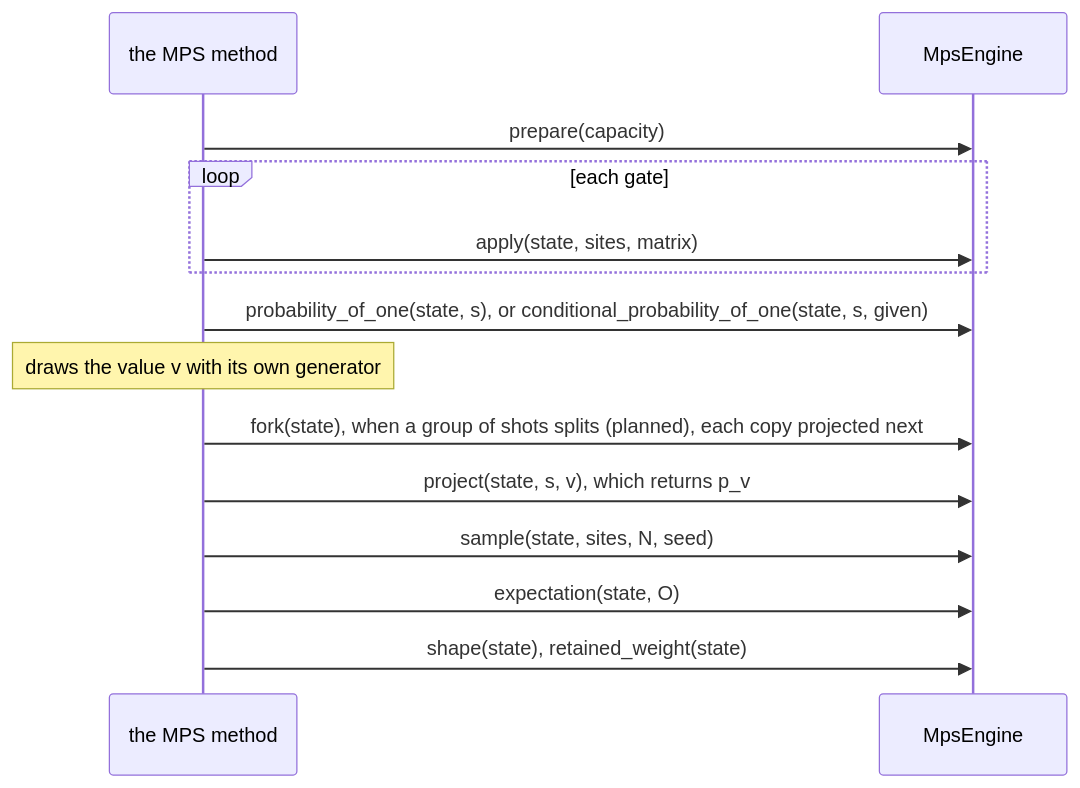
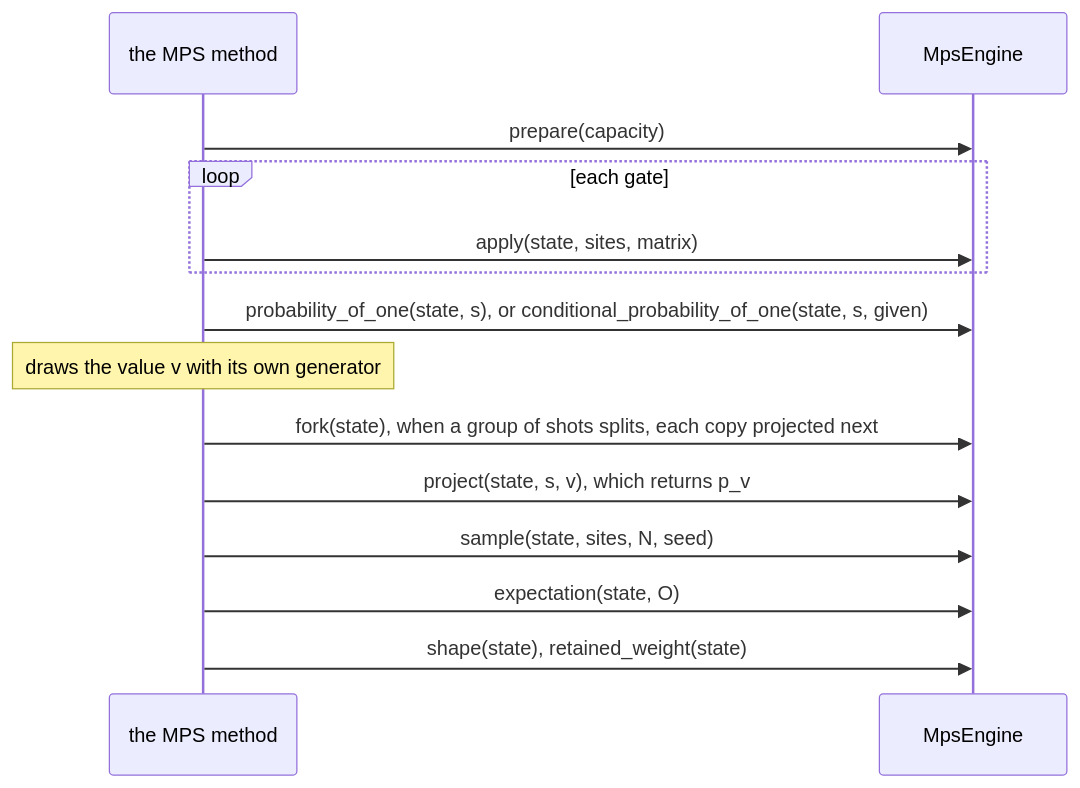
One commit to microsoft/qdk changed the diagram in source/tensornet/README.md. Above: the diagram before and after it, drawn with Mermaid. The commit also changed other lines of this file and 5 other files, not shown here.

````diff
--- a/source/tensornet/README.md
+++ b/source/tensornet/README.md
@@ -117,16 +117,16 @@
 ```mermaid
 sequenceDiagram
   participant M as the MPS method
   participant E as MpsEngine
   M->>E: prepare(capacity)
   loop each gate
     M->>E: apply(state, sites, matrix)
   end
   M->>E: probability_of_one(state, s), or conditional_probability_of_one(state, s, given)
   Note over M: draws the value v with its own generator
-  M->>E: fork(state), when a group of shots splits (planned), each copy projected next
+  M->>E: fork(state), when a group of shots splits, each copy projected next
   M->>E: project(state, s, v), which returns p_v
   M->>E: sample(state, sites, N, seed)
   M->>E: expectation(state, O)
   M->>E: shape(state), retained_weight(state)
 ```
````
